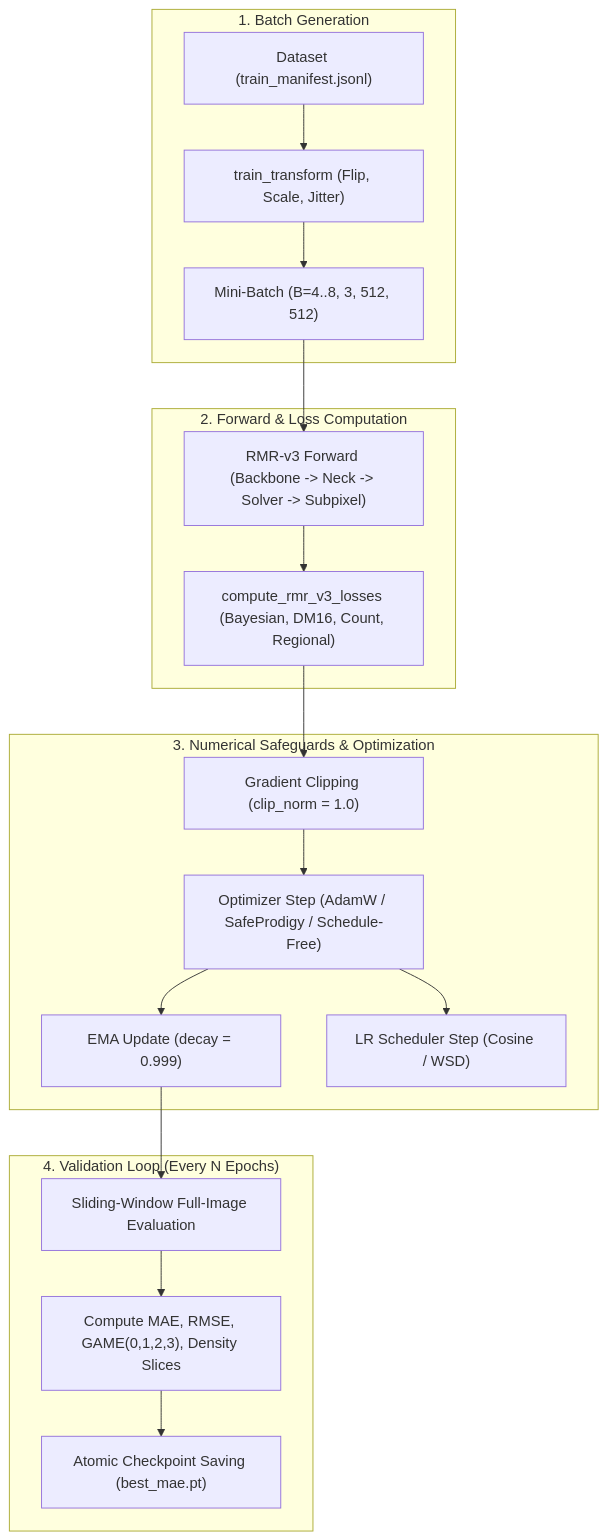
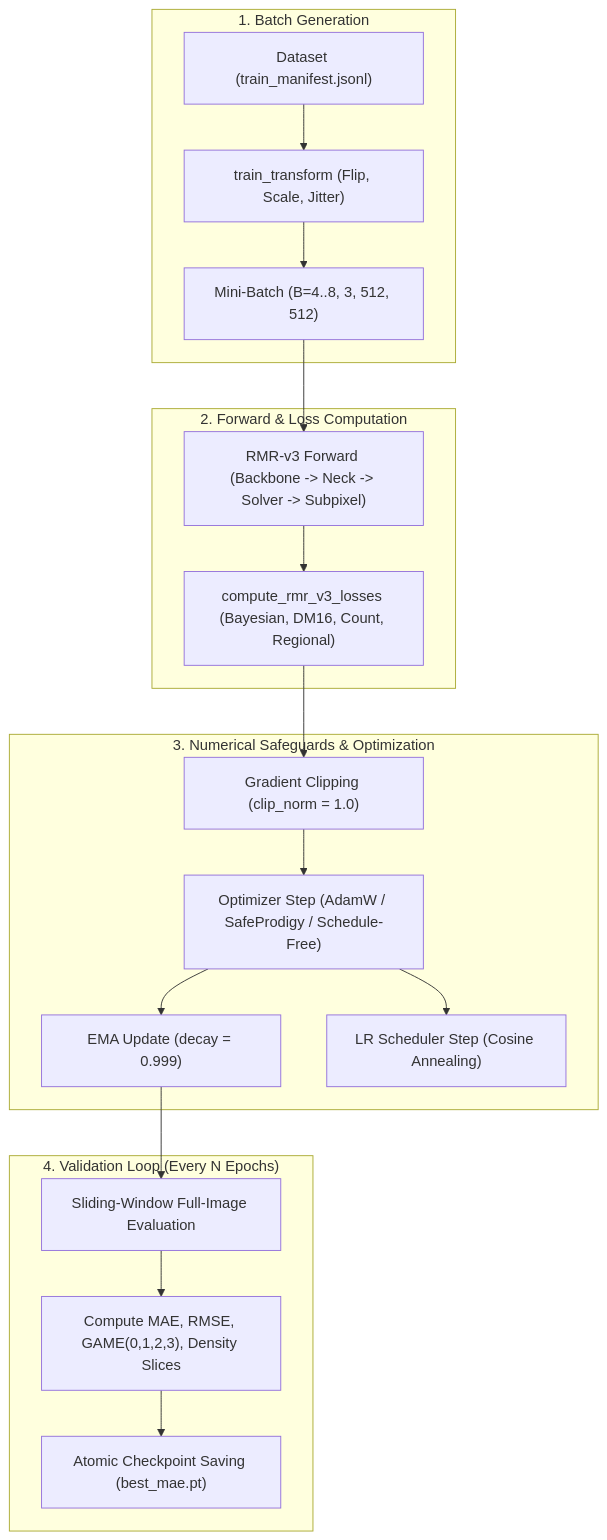
One commit to minhphuc477/crowd-counting-lightweight changed the diagram in docs/code_explanation/04_data_pipeline_and_training_engine.md. Above: the diagram before and after it, drawn with Mermaid. The commit also changed other lines of this file and 70 other files, not shown here.

````diff
--- a/docs/code_explanation/04_data_pipeline_and_training_engine.md
+++ b/docs/code_explanation/04_data_pipeline_and_training_engine.md
@@ -57,25 +57,25 @@
 ```mermaid
 flowchart TD
     subgraph DataBatch ["1. Batch Generation"]
         RAW["Dataset (train_manifest.jsonl)"] --> AUG["train_transform (Flip, Scale, Jitter)"]
         AUG --> BATCH["Mini-Batch (B=4..8, 3, 512, 512)"]
     end
 
     subgraph Step ["2. Forward & Loss Computation"]
         BATCH --> MODEL["RMR-v3 Forward (Backbone -> Neck -> Solver -> Subpixel)"]
         MODEL --> LOSS["compute_rmr_v3_losses (Bayesian, DM16, Count, Regional)"]
     end
 
     subgraph Backward ["3. Numerical Safeguards & Optimization"]
         LOSS --> CLIP["Gradient Clipping (clip_norm = 1.0)"]
         CLIP --> OPT["Optimizer Step (AdamW / SafeProdigy / Schedule-Free)"]
         OPT --> EMA["EMA Update (decay = 0.999)"]
-        OPT --> SCHED["LR Scheduler Step (Cosine / WSD)"]
+        OPT --> SCHED["LR Scheduler Step (Cosine Annealing)"]
     end
 
     subgraph Val ["4. Validation Loop (Every N Epochs)"]
         EMA --> EVAL["Sliding-Window Full-Image Evaluation"]
         EVAL --> METRICS["Compute MAE, RMSE, GAME(0,1,2,3), Density Slices"]
         METRICS --> CKPT["Atomic Checkpoint Saving (best_mae.pt)"]
     end
 ```
````
